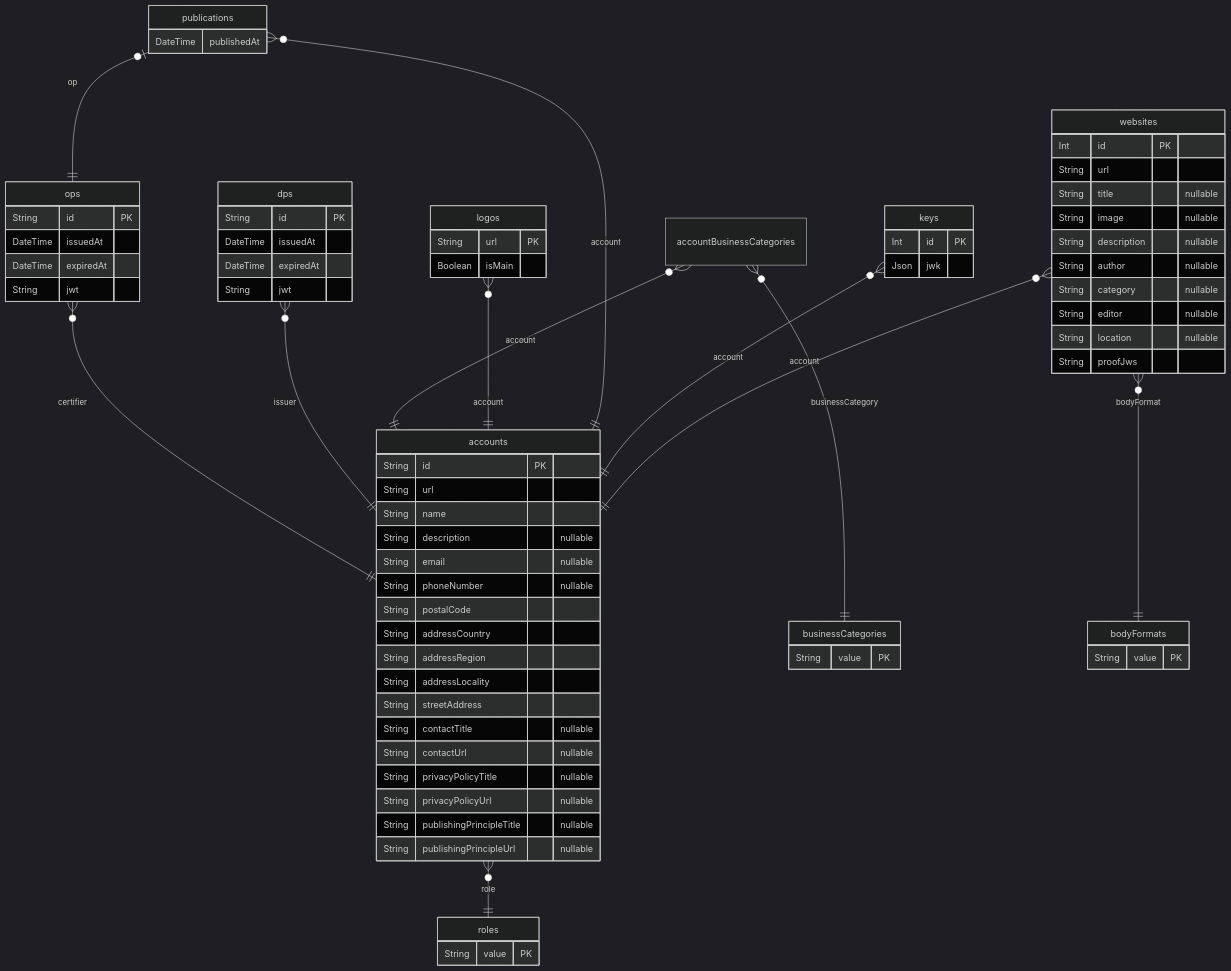
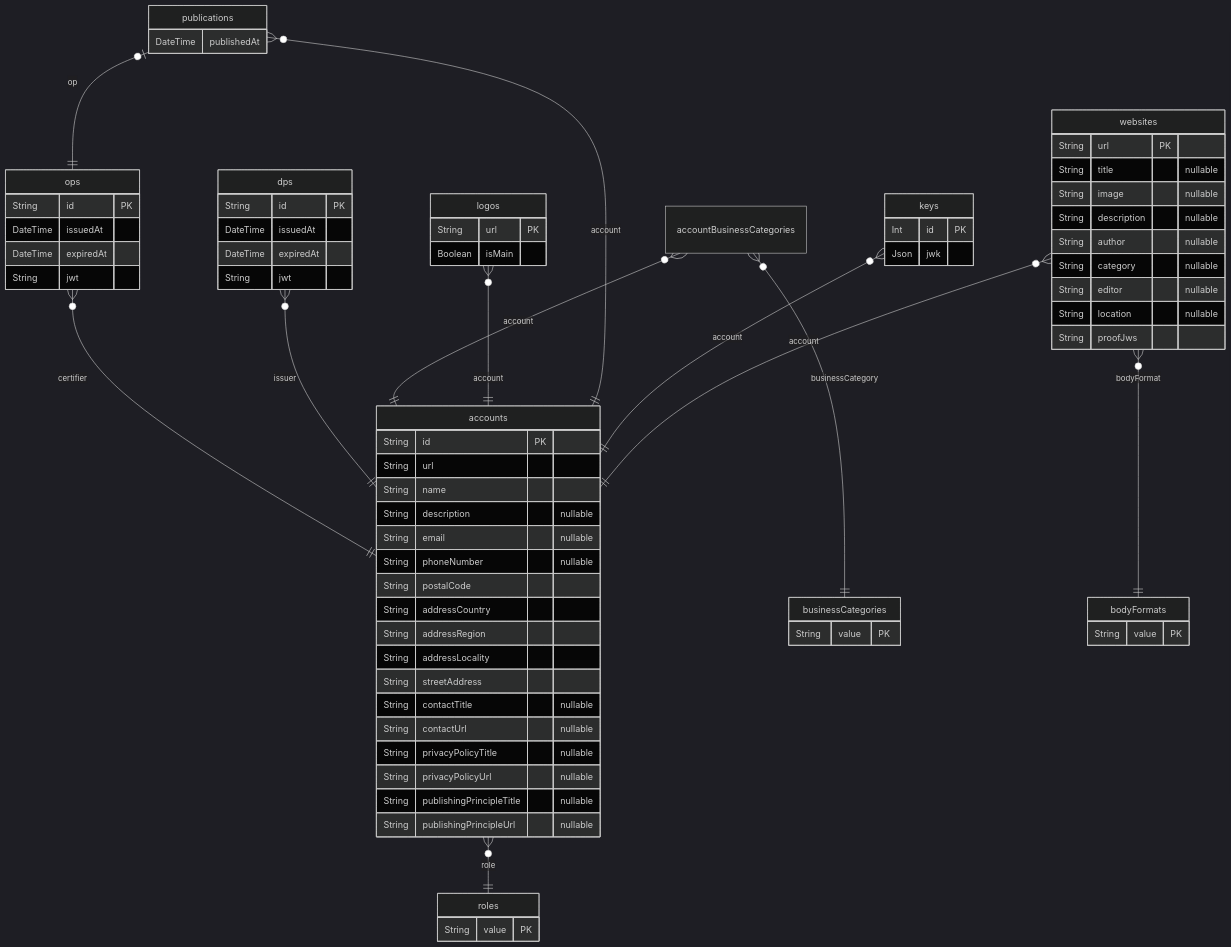
Before and after one commit to originator-profile/profile-share: the diagram in docs/registry/assets/erd.md, drawn with Mermaid (dark theme). The commit also changed 3 other files, not shown here.

```diff
--- a/docs/registry/assets/erd.md
+++ b/docs/registry/assets/erd.md
@@ -71,8 +71,7 @@
   
 
   websites {
-    Int id PK 
-    String url  
+    String url PK 
     String title  "nullable"
     String image  "nullable"
     String description  "nullable"
```
